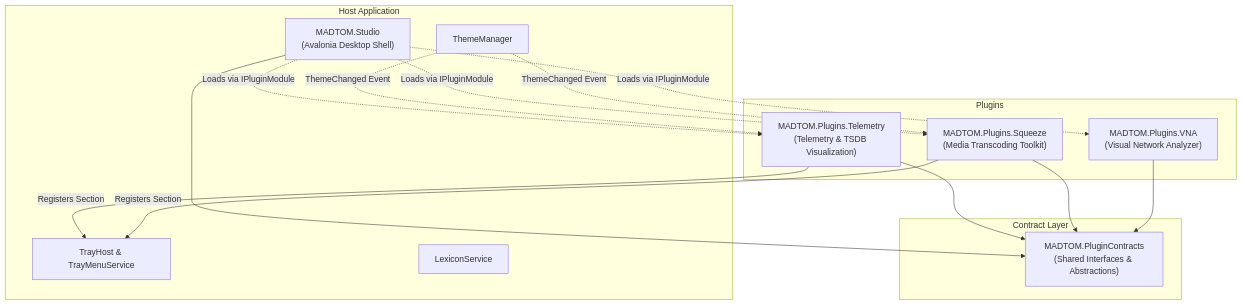
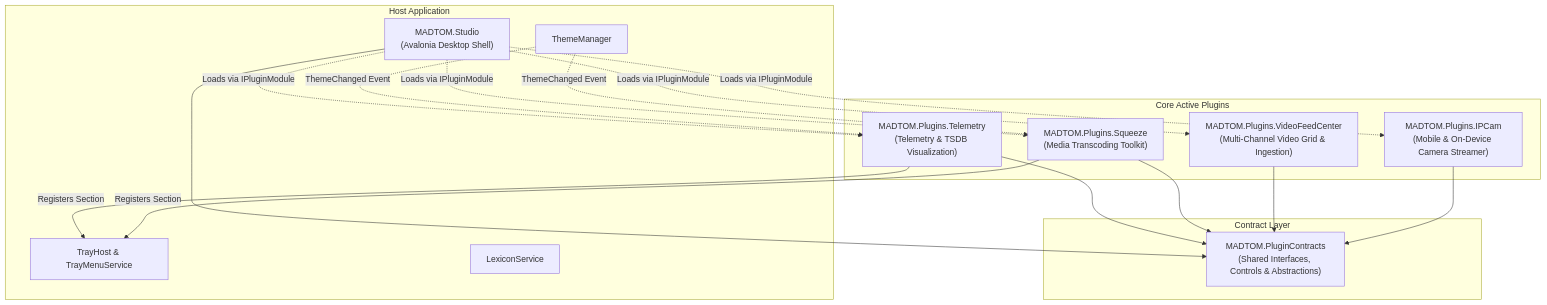
Before and after one commit to DarkDuck007/MadTOM: the first of 2 diagrams in Documentation/Studio/plugin-architecture.md, drawn with Mermaid. The commit also changed other lines of this file and 67 other files, not shown here.

````diff
--- a/Documentation/Studio/plugin-architecture.md
+++ b/Documentation/Studio/plugin-architecture.md
@@ -33,31 +40,34 @@
 ```mermaid
 graph TD
     subgraph Host Application
         C["MADTOM.Studio<br/>(Avalonia Desktop Shell)"]
         TM["TrayHost & TrayMenuService"]
         TH["ThemeManager"]
         LH["LexiconService"]
     end
 
     subgraph Contract Layer
-        PC["MADTOM.PluginContracts<br/>(Shared Interfaces & Abstractions)"]
+        PC["MADTOM.PluginContracts<br/>(Shared Interfaces, Controls & Abstractions)"]
     end
 
-    subgraph Plugins
+    subgraph Core Active Plugins
         P1["MADTOM.Plugins.Telemetry<br/>(Telemetry & TSDB Visualization)"]
         P2["MADTOM.Plugins.Squeeze<br/>(Media Transcoding Toolkit)"]
-        P3["MADTOM.Plugins.VNA<br/>(Visual Network Analyzer)"]
+        P3["MADTOM.Plugins.VideoFeedCenter<br/>(Multi-Channel Video Grid & Ingestion)"]
+        P4["MADTOM.Plugins.IPCam<br/>(Mobile & On-Device Camera Streamer)"]
     end
 
     C --> PC
     P1 --> PC
     P2 --> PC
     P3 --> PC
+    P4 --> PC
     C -.->|"Loads via IPluginModule"| P1
     C -.->|"Loads via IPluginModule"| P2
     C -.->|"Loads via IPluginModule"| P3
+    C -.->|"Loads via IPluginModule"| P4
     P1 -->|"Registers Section"| TM
     P2 -->|"Registers Section"| TM
     TH -.->|"ThemeChanged Event"| P1
     TH -.->|"ThemeChanged Event"| P2
 ```
````
